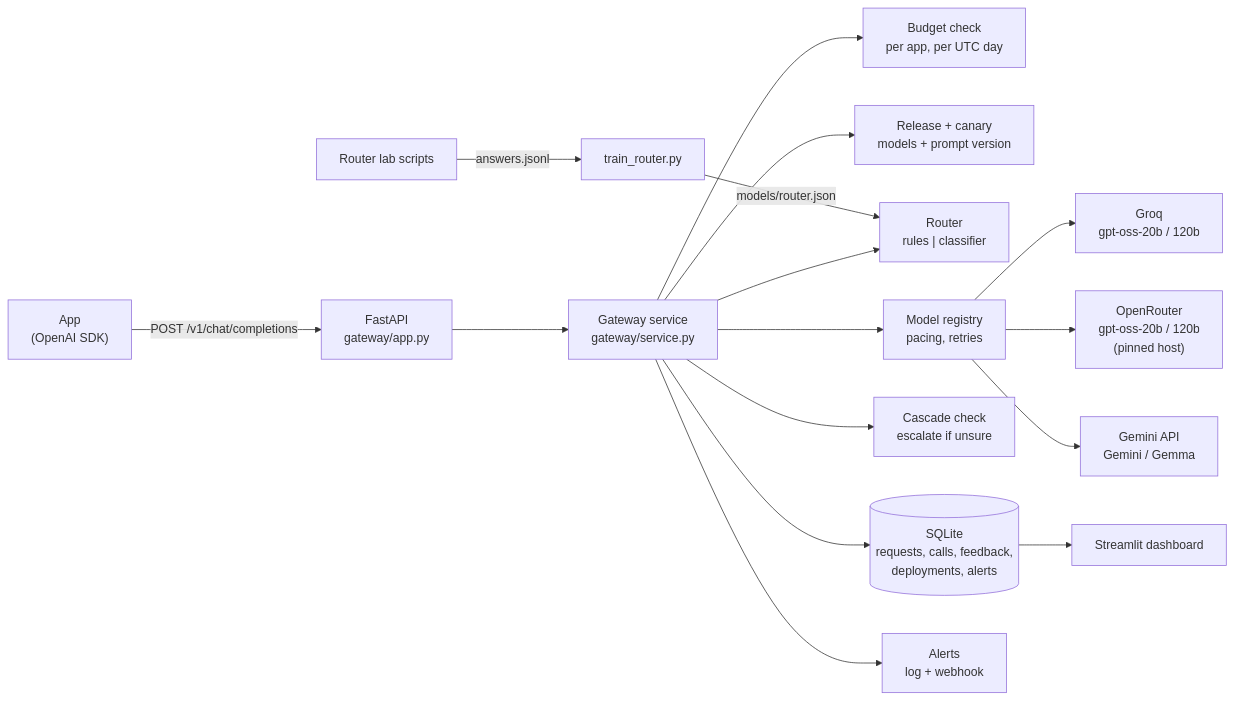
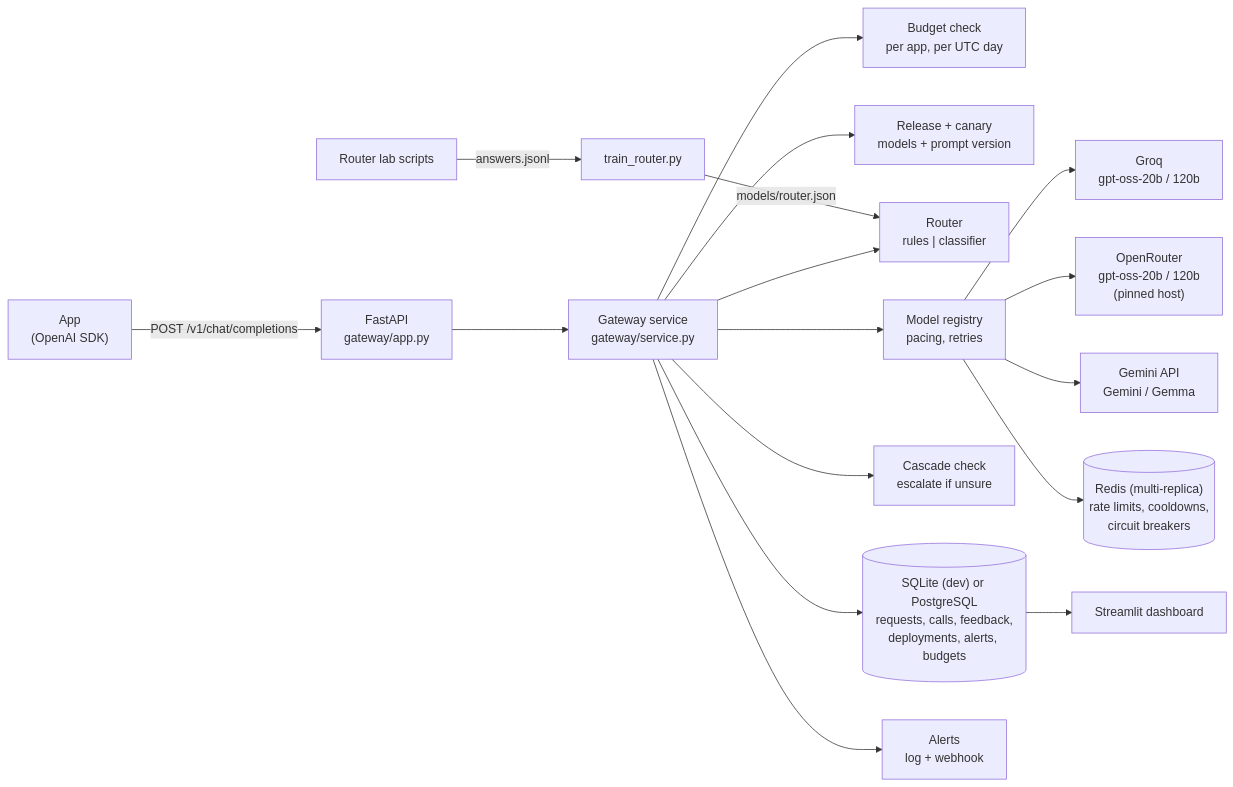
The diagram in README.md (thakursamir0000-star/LLM_Gateway), drawn with Mermaid before and after one commit. The commit also changed other lines of this file, not shown here.

````diff
--- a/README.md
+++ b/README.md
@@ -47,17 +78,18 @@
 ```mermaid
 flowchart LR
     App["App<br/>(OpenAI SDK)"] -->|"POST /v1/chat/completions"| API["FastAPI<br/>gateway/app.py"]
     API --> Svc["Gateway service<br/>gateway/service.py"]
     Svc --> Budget["Budget check<br/>per app, per UTC day"]
     Svc --> Rel["Release + canary<br/>models + prompt version"]
     Svc --> Router["Router<br/>rules | classifier"]
     Svc --> Reg["Model registry<br/>pacing, retries"]
     Reg --> Groq["Groq<br/>gpt-oss-20b / 120b"]
     Reg --> OpenRouter["OpenRouter<br/>gpt-oss-20b / 120b<br/>(pinned host)"]
     Reg --> Gemini["Gemini API<br/>Gemini / Gemma"]
     Svc --> Check["Cascade check<br/>escalate if unsure"]
-    Svc --> DB[("SQLite<br/>requests, calls, feedback,<br/>deployments, alerts")]
+    Svc --> DB[("SQLite (dev) or PostgreSQL<br/>requests, calls, feedback,<br/>deployments, alerts, budgets")]
+    Reg --> Redis[("Redis (multi-replica)<br/>rate limits, cooldowns,<br/>circuit breakers")]
     Svc --> Alerts["Alerts<br/>log + webhook"]
     DB --> Dash["Streamlit dashboard"]
     Lab["Router lab scripts"] -->|"answers.jsonl"| Train["train_router.py"] -->|"models/router.json"| Router
 ```
````
